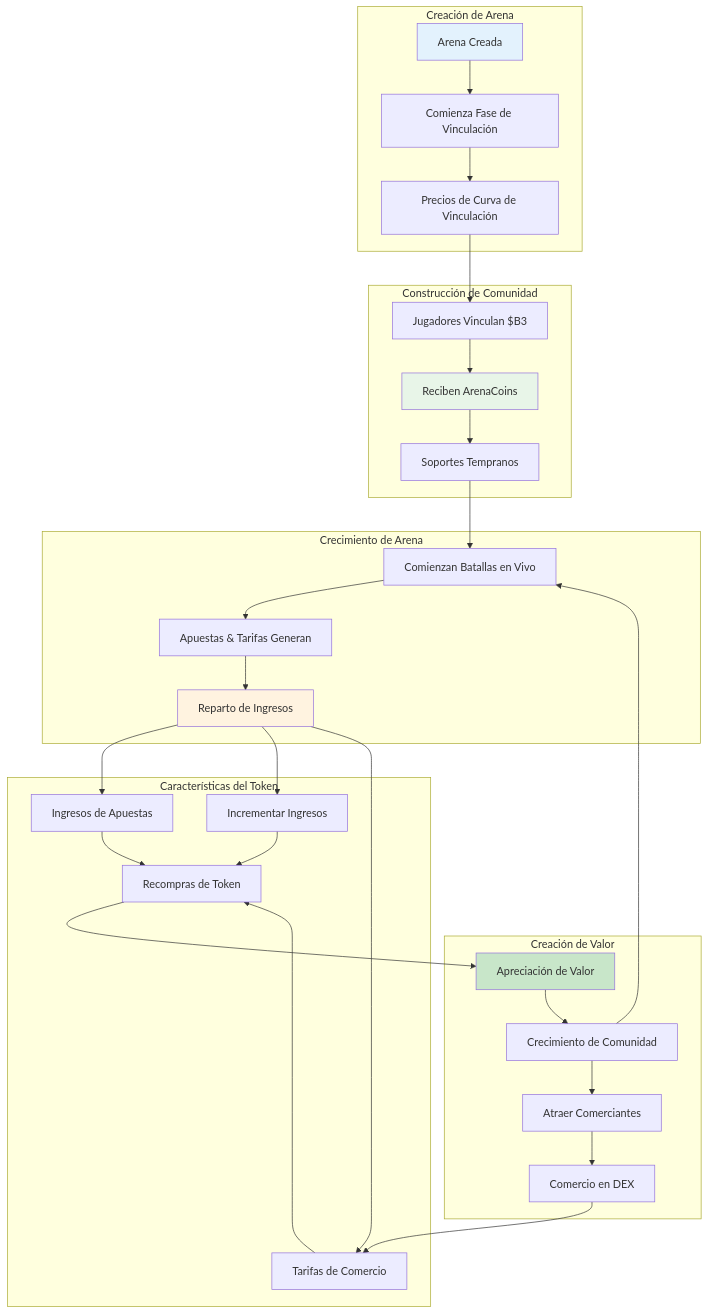
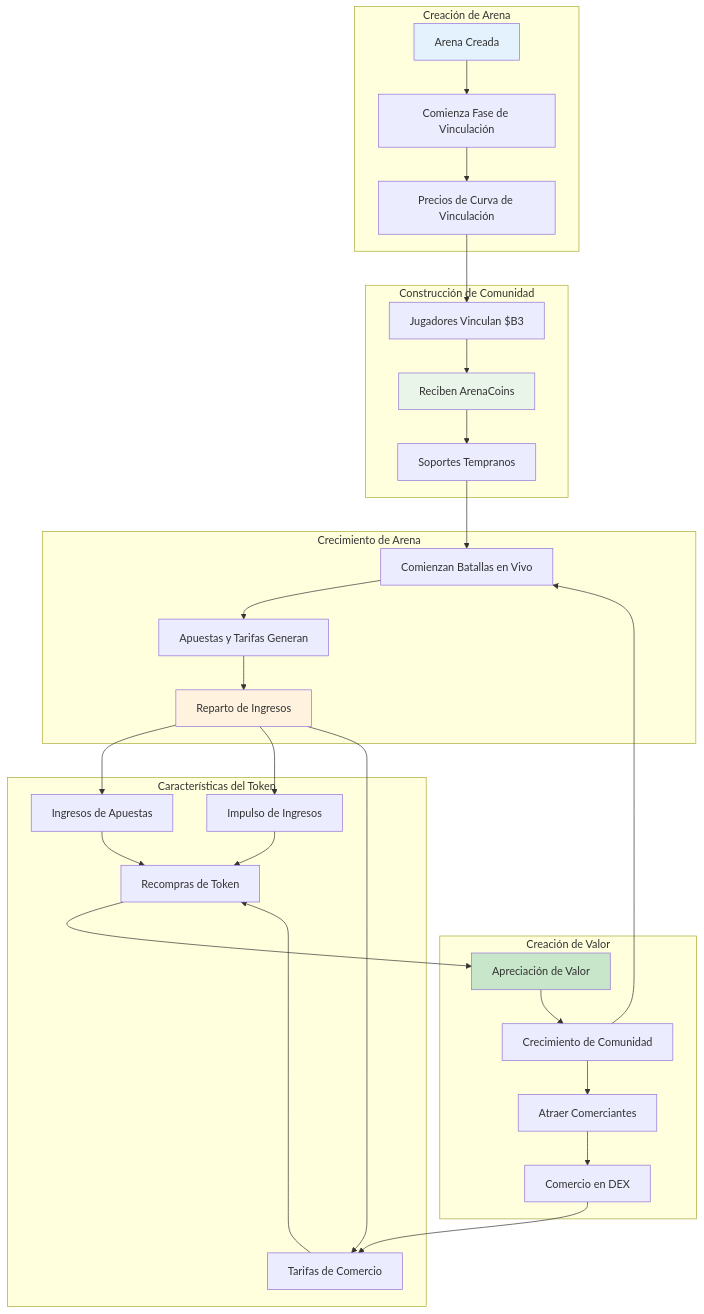
Before and after one commit to b3-fun/b3: the first of 2 diagrams in docs/es/hypeduel/arenacoins.mdx, drawn with Mermaid. The commit also changed other lines of this file and 95 other files, not shown here.

````diff
--- a/docs/es/hypeduel/arenacoins.mdx
+++ b/docs/es/hypeduel/arenacoins.mdx
@@ -13,43 +15,43 @@
 ```mermaid
 graph TD
     subgraph "Creación de Arena"
         AC[Arena Creada] --> BP[Comienza Fase de Vinculación]
         BP --> BC[Precios de Curva de Vinculación]
     end
 
     subgraph "Construcción de Comunidad"
         BC --> PB[Jugadores Vinculan $B3]
         PB --> RA[Reciben ArenaCoins]
         RA --> ES[Soportes Tempranos]
     end
 
     subgraph "Crecimiento de Arena"
         ES --> LB[Comienzan Batallas en Vivo]
-        LB --> BF[Apuestas & Tarifas Generan]
+        LB --> BF[Apuestas y Tarifas Generan]
         BF --> RS[Reparto de Ingresos]
     end
 
     subgraph "Características del Token"
         RS --> RV[Ingresos de Apuestas]
-        RS --> BR[Incrementar Ingresos]
+        RS --> BR[Impulso de Ingresos]
         RS --> TF[Tarifas de Comercio]
         RV --> TB[Recompras de Token]
         BR --> TB
         TF --> TB
     end
 
     subgraph "Creación de Valor"
         TB --> VA[Apreciación de Valor]
         VA --> CG[Crecimiento de Comunidad]
         CG --> AT[Atraer Comerciantes]
         AT --> DX[Comercio en DEX]
     end
 
     DX --> TF
     CG --> LB
 
     style AC fill:#e3f2fd
     style RA fill:#e8f5e8
     style RS fill:#fff3e0
     style VA fill:#c8e6c9
 ```
````
